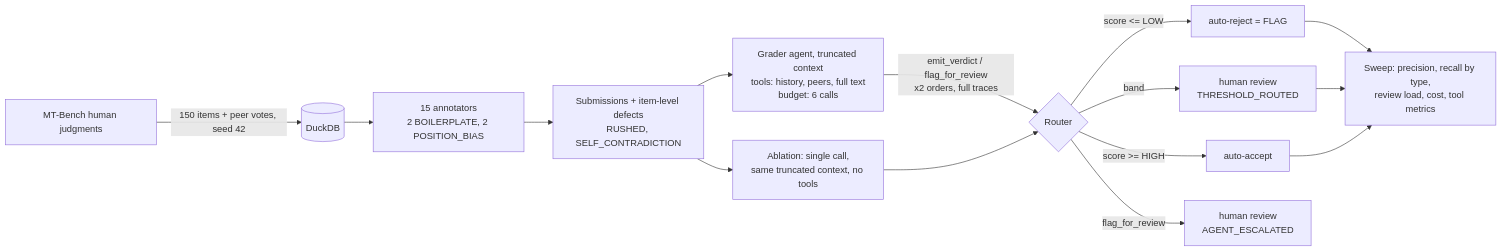
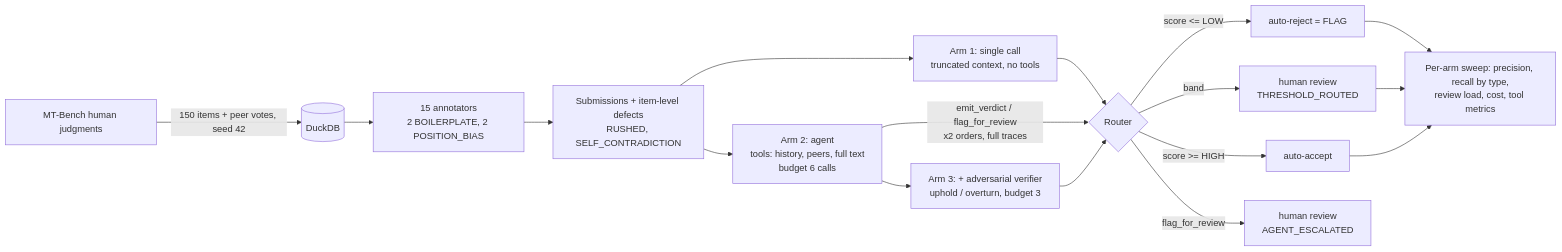
The diagram in README.md (ahdithanu/second-reader), drawn with Mermaid before and after one commit. The commit also changed other lines of this file and 3 other files, not shown here.

First line of the commit message:
Live 3-arm results: real metrics, README rewritten around measured findings

````diff
--- a/README.md
+++ b/README.md
@@ -119,17 +135,19 @@
 ```mermaid
 flowchart LR
     HF[MT-Bench human judgments] -->|150 items + peer votes, seed 42| DB[(DuckDB)]
     DB --> ANN[15 annotators<br/>2 BOILERPLATE, 2 POSITION_BIAS]
     ANN --> SUB[Submissions + item-level defects<br/>RUSHED, SELF_CONTRADICTION]
-    SUB --> AG[Grader agent, truncated context<br/>tools: history, peers, full text<br/>budget: 6 calls]
-    SUB --> SG[Ablation: single call,<br/>same truncated context, no tools]
-    AG -->|emit_verdict / flag_for_review<br/>x2 orders, full traces| R{Router}
-    SG --> R
+    SUB --> SG[Arm 1: single call<br/>truncated context, no tools]
+    SUB --> AG[Arm 2: agent<br/>tools: history, peers, full text<br/>budget 6 calls]
+    AG --> VF[Arm 3: + adversarial verifier<br/>uphold / overturn, budget 3]
+    SG --> R{Router}
+    AG -->|emit_verdict / flag_for_review<br/>x2 orders, full traces| R
+    VF --> R
     R -->|score >= HIGH| ACC[auto-accept]
     R -->|score <= LOW| REJ[auto-reject = FLAG]
     R -->|band| HUM[human review<br/>THRESHOLD_ROUTED]
     R -->|flag_for_review| HUM2[human review<br/>AGENT_ESCALATED]
-    REJ --> M[Sweep: precision, recall by type,<br/>review load, cost, tool metrics]
+    REJ --> M[Per-arm sweep: precision, recall by type,<br/>review load, cost, tool metrics]
     HUM --> M
     ACC --> M
 ```
````
